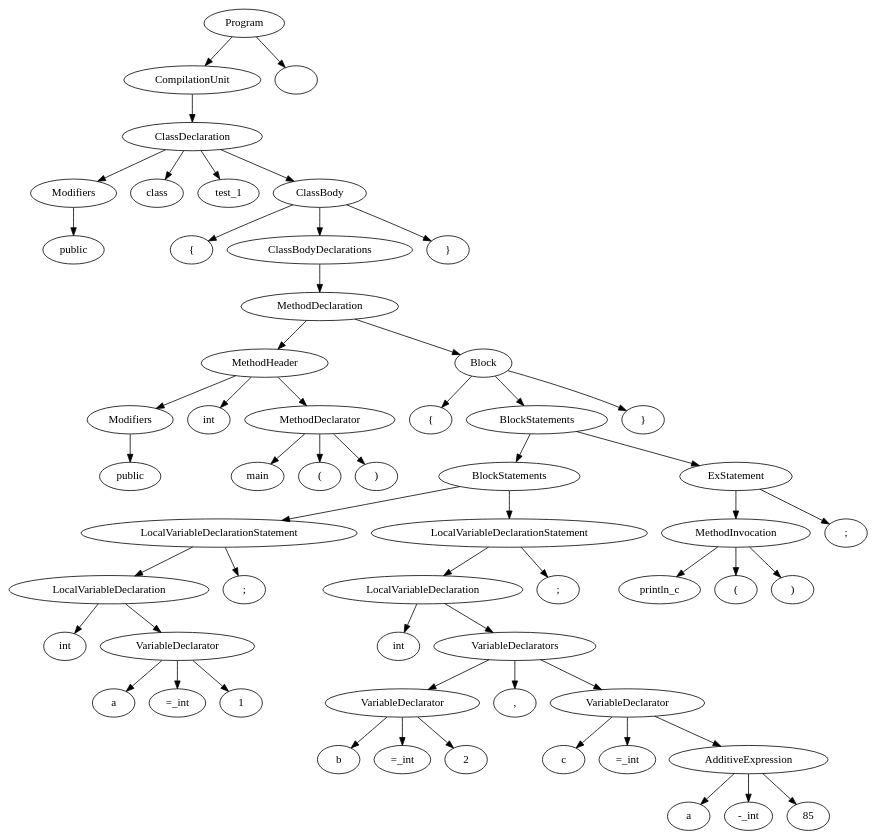
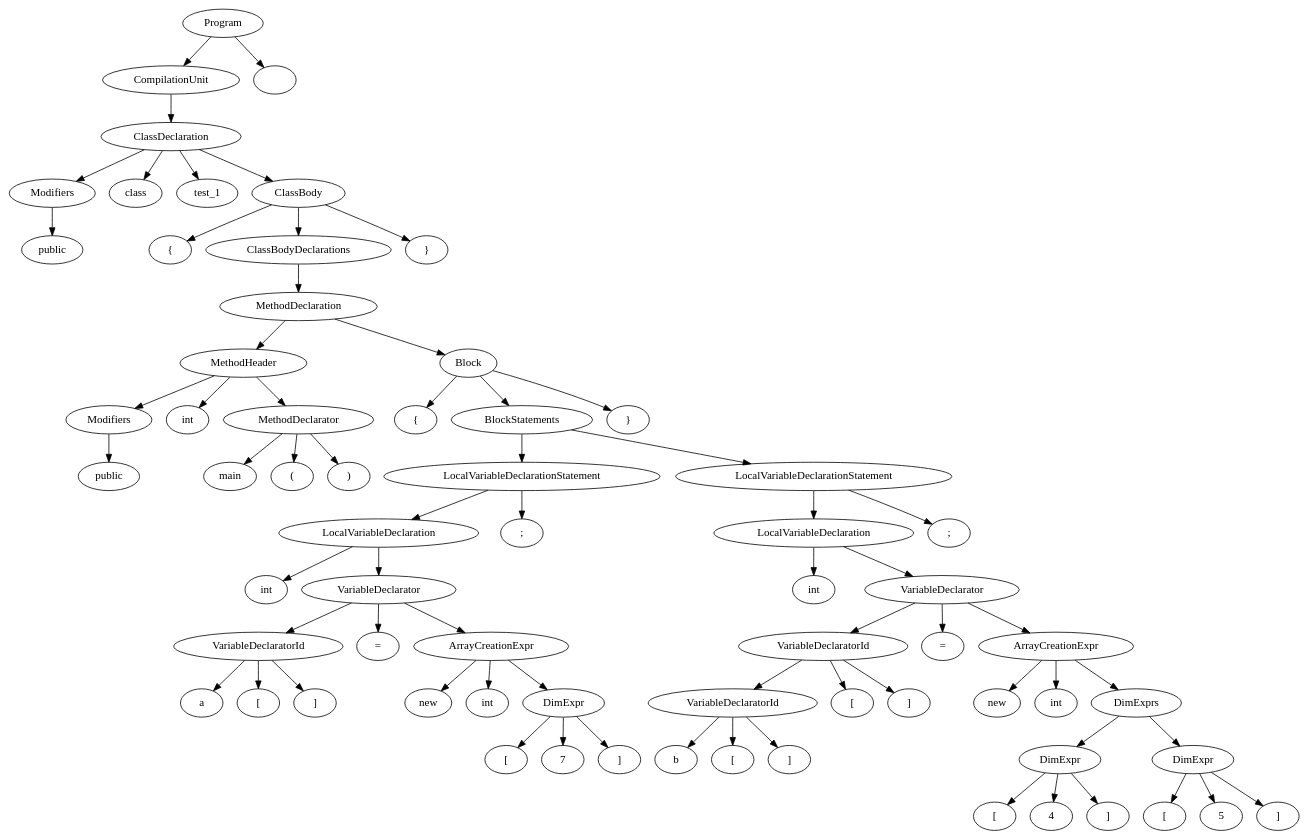
The diagram in cs335_project_200530/src/out.dot (sandeepb20/Milestone), drawn with Graphviz before and after one commit. The commit also changed 6 other files, not shown here.

```diff
--- a/cs335_project_200530/src/out.dot
+++ b/cs335_project_200530/src/out.dot
@@ -1,115 +1,135 @@
 digraph G {
 n1 [label="public"]
 n2 [label="Modifiers"]
 n2->n1;
 n3 [label="class"]
 n4 [label="test_1"]
 n5 [label="{"]
 n6 [label="public"]
 n7 [label="Modifiers"]
 n7->n6;
 n8 [label="int"]
 n9 [label="main"]
 n10 [label="("]
 n11 [label=")"]
 n12 [label="MethodDeclarator"]
 n12->n11;
 n12->n10;
 n12->n9;
 n13 [label="MethodHeader"]
 n13->n12;
 n13->n8;
 n13->n7;
 n14 [label="{"]
 n15 [label="int"]
 n16 [label="a"]
-n17 [label="=_int"]
-n18 [label="1"]
-n19 [label="VariableDeclarator"]
+n17 [label="["]
+n18 [label="]"]
+n19 [label="VariableDeclaratorId"]
 n19->n18;
 n19->n17;
 n19->n16;
-n20 [label="LocalVariableDeclaration"]
-n20->n19;
-n20->n15;
-n21 [label=";"]
-n22 [label="LocalVariableDeclarationStatement"]
-n22->n21;
-n22->n20;
-n23 [label="int"]
-n24 [label="b"]
-n25 [label="=_int"]
-n26 [label="2"]
-n27 [label="VariableDeclarator"]
+n20 [label="="]
+n21 [label="new"]
+n22 [label="int"]
+n23 [label="["]
+n24 [label="7"]
+n25 [label="]"]
+n26 [label="DimExpr"]
+n26->n25;
+n26->n24;
+n26->n23;
+n27 [label="ArrayCreationExpr"]
 n27->n26;
-n27->n25;
-n27->n24;
-n28 [label=","]
-n29 [label="c"]
-n30 [label="=_int"]
-n31 [label="a"]
-n32 [label="-_int"]
-n33 [label="85"]
-n34 [label="AdditiveExpression"]
-n34->n33;
-n34->n32;
-n34->n31;
-n35 [label="VariableDeclarator"]
-n35->n34;
-n35->n30;
-n35->n29;
-n36 [label="VariableDeclarators"]
+n27->n22;
+n27->n21;
+n28 [label="VariableDeclarator"]
+n28->n27;
+n28->n20;
+n28->n19;
+n29 [label="LocalVariableDeclaration"]
+n29->n28;
+n29->n15;
+n30 [label=";"]
+n31 [label="LocalVariableDeclarationStatement"]
+n31->n30;
+n31->n29;
+n32 [label="int"]
+n33 [label="b"]
+n34 [label="["]
+n35 [label="]"]
+n36 [label="VariableDeclaratorId"]
 n36->n35;
-n36->n28;
-n36->n27;
-n37 [label="LocalVariableDeclaration"]
-n37->n36;
-n37->n23;
-n38 [label=";"]
-n39 [label="LocalVariableDeclarationStatement"]
+n36->n34;
+n36->n33;
+n37 [label="["]
+n38 [label="]"]
+n39 [label="VariableDeclaratorId"]
 n39->n38;
 n39->n37;
-n40 [label="BlockStatements"]
-n40->n39;
-n40->n22;
-n41 [label="println_c"]
-n42 [label="("]
-n43 [label=")"]
-n44 [label="MethodInvocation"]
-n44->n43;
-n44->n42;
-n44->n41;
-n45 [label=";"]
-n46 [label="ExStatement"]
+n39->n36;
+n40 [label="="]
+n41 [label="new"]
+n42 [label="int"]
+n43 [label="["]
+n44 [label="4"]
+n45 [label="]"]
+n46 [label="DimExpr"]
 n46->n45;
 n46->n44;
-n47 [label="BlockStatements"]
-n47->n46;
-n47->n40;
-n48 [label="}"]
-n49 [label="Block"]
-n49->n48;
-n49->n47;
-n49->n14;
-n50 [label="MethodDeclaration"]
+n46->n43;
+n47 [label="["]
+n48 [label="5"]
+n49 [label="]"]
+n50 [label="DimExpr"]
 n50->n49;
-n50->n13;
-n51 [label="ClassBodyDeclarations"]
+n50->n48;
+n50->n47;
+n51 [label="DimExprs"]
 n51->n50;
-n52 [label="}"]
-n53 [label="ClassBody"]
+n51->n46;
+n52 [label="ArrayCreationExpr"]
+n52->n51;
+n52->n42;
+n52->n41;
+n53 [label="VariableDeclarator"]
 n53->n52;
-n53->n51;
-n53->n5;
-n54 [label="ClassDeclaration"]
+n53->n40;
+n53->n39;
+n54 [label="LocalVariableDeclaration"]
 n54->n53;
-n54->n4;
-n54->n3;
-n54->n2;
-n55 [label="CompilationUnit"]
-n55->n54;
-n56 [label="Program"]
-n56->n57;
+n54->n32;
+n55 [label=";"]
+n56 [label="LocalVariableDeclarationStatement"]
 n56->n55;
-n57 [label=""]
+n56->n54;
+n57 [label="BlockStatements"]
+n57->n56;
+n57->n31;
+n58 [label="}"]
+n59 [label="Block"]
+n59->n58;
+n59->n57;
+n59->n14;
+n60 [label="MethodDeclaration"]
+n60->n59;
+n60->n13;
+n61 [label="ClassBodyDeclarations"]
+n61->n60;
+n62 [label="}"]
+n63 [label="ClassBody"]
+n63->n62;
+n63->n61;
+n63->n5;
+n64 [label="ClassDeclaration"]
+n64->n63;
+n64->n4;
+n64->n3;
+n64->n2;
+n65 [label="CompilationUnit"]
+n65->n64;
+n66 [label="Program"]
+n66->n67;
+n66->n65;
+n67 [label=""]
 }
```
